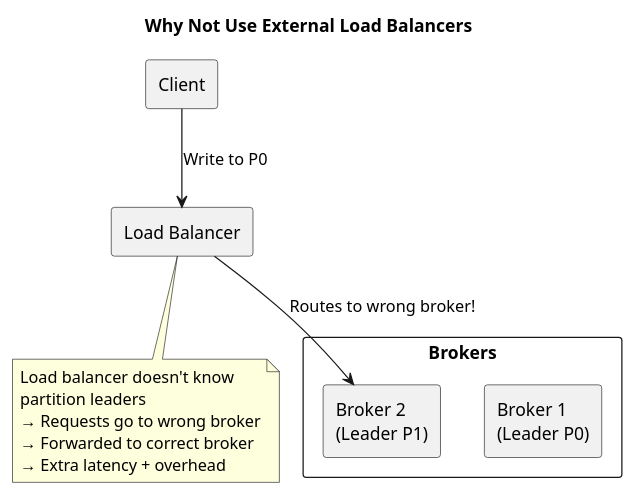
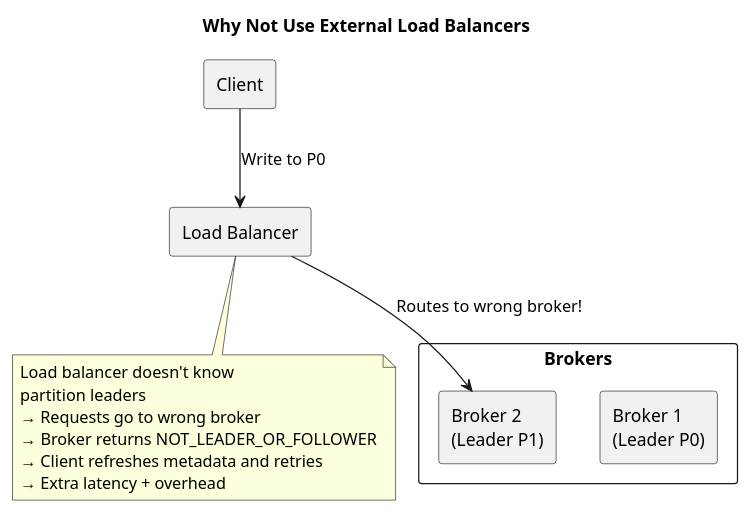
One commit to axonops/documentation changed the tenth of 11 diagrams in docs/data-platforms/kafka/architecture/client-connections/load-balancing.md. Above: the diagram before and after it, drawn with PlantUML. The commit also changed other lines of this file and 34 other files, not shown here.

Commit message:
Updated Kafka architecture documents

````diff
--- a/docs/data-platforms/kafka/architecture/client-connections/load-balancing.md
+++ b/docs/data-platforms/kafka/architecture/client-connections/load-balancing.md
@@ -459,29 +452,30 @@
 ```plantuml
 @startuml
 
 skinparam backgroundColor transparent
 
 title Why Not Use External Load Balancers
 
 rectangle "Client" as C
 
 rectangle "Load Balancer" as LB
 
 rectangle "Brokers" as B {
     rectangle "Broker 1\n(Leader P0)" as B1
     rectangle "Broker 2\n(Leader P1)" as B2
 }
 
 C --> LB : Write to P0
 LB --> B2 : Routes to wrong broker!
 
 note bottom of LB
   Load balancer doesn't know
   partition leaders
   → Requests go to wrong broker
-  → Forwarded to correct broker
+  → Broker returns NOT_LEADER_OR_FOLLOWER
+  → Client refreshes metadata and retries
   → Extra latency + overhead
 end note
 
 @enduml
 ```
````
